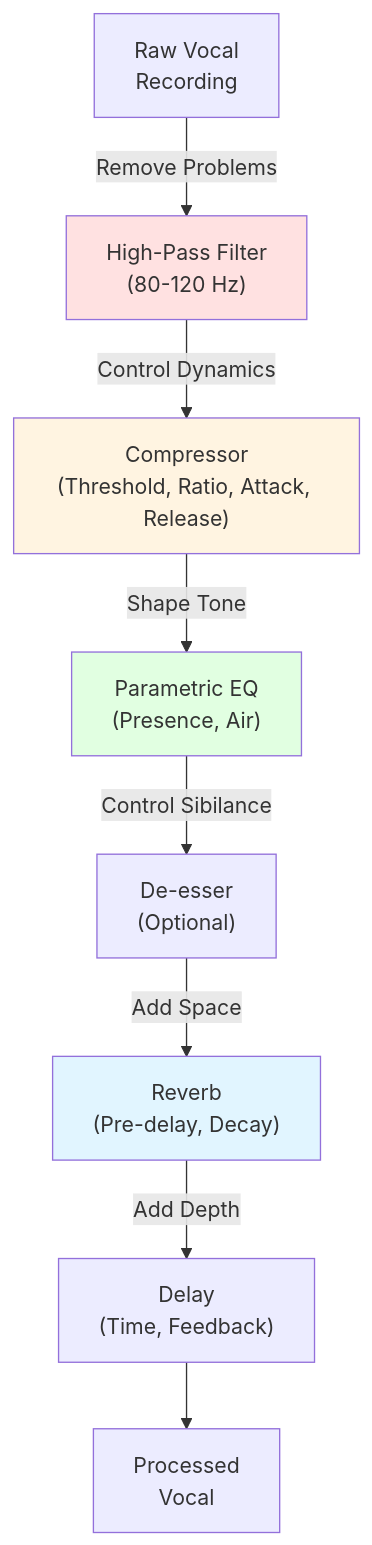
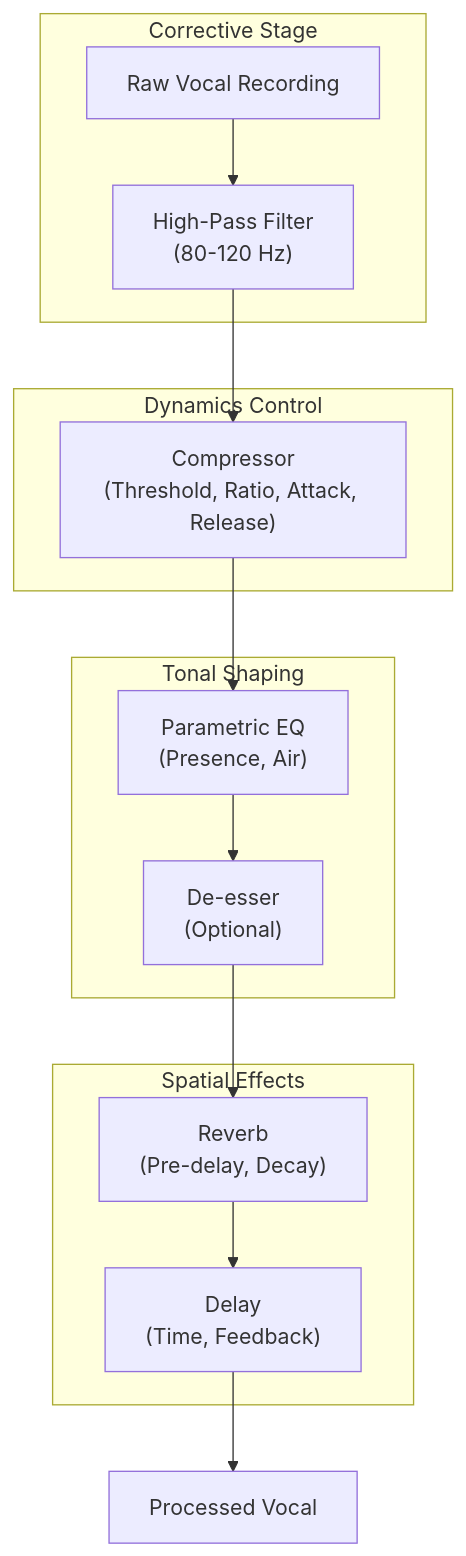
One commit to blebleblee/synapse changed the second of 7 diagrams in topics/arts/music_performance/vocals/labs.md. Above: the diagram before and after it, drawn with Mermaid. The commit also changed other lines of this file and 4 other files, not shown here.

````diff
--- a/topics/arts/music_performance/vocals/labs.md
+++ b/topics/arts/music_performance/vocals/labs.md
@@ -99,15 +112,29 @@
 ```mermaid
 graph TD
-    A["Raw Vocal<br/>Recording"] -->|"Remove Problems"| B["High-Pass Filter<br/>(80-120 Hz)"]
-    B -->|"Control Dynamics"| C["Compressor<br/>(Threshold, Ratio, Attack, Release)"]
-    C -->|"Shape Tone"| D["Parametric EQ<br/>(Presence, Air)"]
-    D -->|"Control Sibilance"| E["De-esser<br/>(Optional)"]
-    E -->|"Add Space"| F["Reverb<br/>(Pre-delay, Decay)"]
-    F -->|"Add Depth"| G["Delay<br/>(Time, Feedback)"]
-    G --> H["Processed<br/>Vocal"]
+    subgraph sub_corrective ["Corrective Stage"]
+        A["Raw Vocal Recording"]
+        B["High-Pass Filter<br/>(80-120 Hz)"]
+    end
     
-    style B fill:#ffe1e1
-    style C fill:#fff4e1
-    style D fill:#e1ffe1
-    style F fill:#e1f5ff
+    subgraph sub_dynamics ["Dynamics Control"]
+        C["Compressor<br/>(Threshold, Ratio, Attack, Release)"]
+    end
+    
+    subgraph sub_tonal ["Tonal Shaping"]
+        D["Parametric EQ<br/>(Presence, Air)"]
+        E["De-esser<br/>(Optional)"]
+    end
+    
+    subgraph sub_space ["Spatial Effects"]
+        F["Reverb<br/>(Pre-delay, Decay)"]
+        G["Delay<br/>(Time, Feedback)"]
+    end
+    
+    A --> B
+    B --> C
+    C --> D
+    D --> E
+    E --> F
+    F --> G
+    G --> H["Processed Vocal"]
 ```
````
